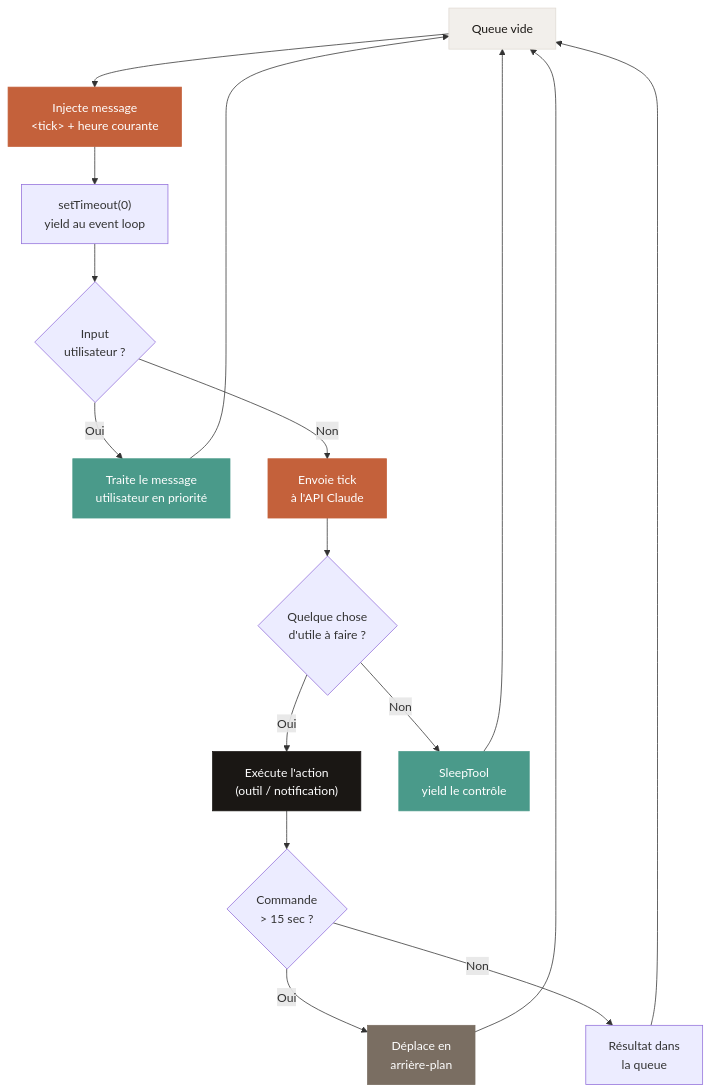
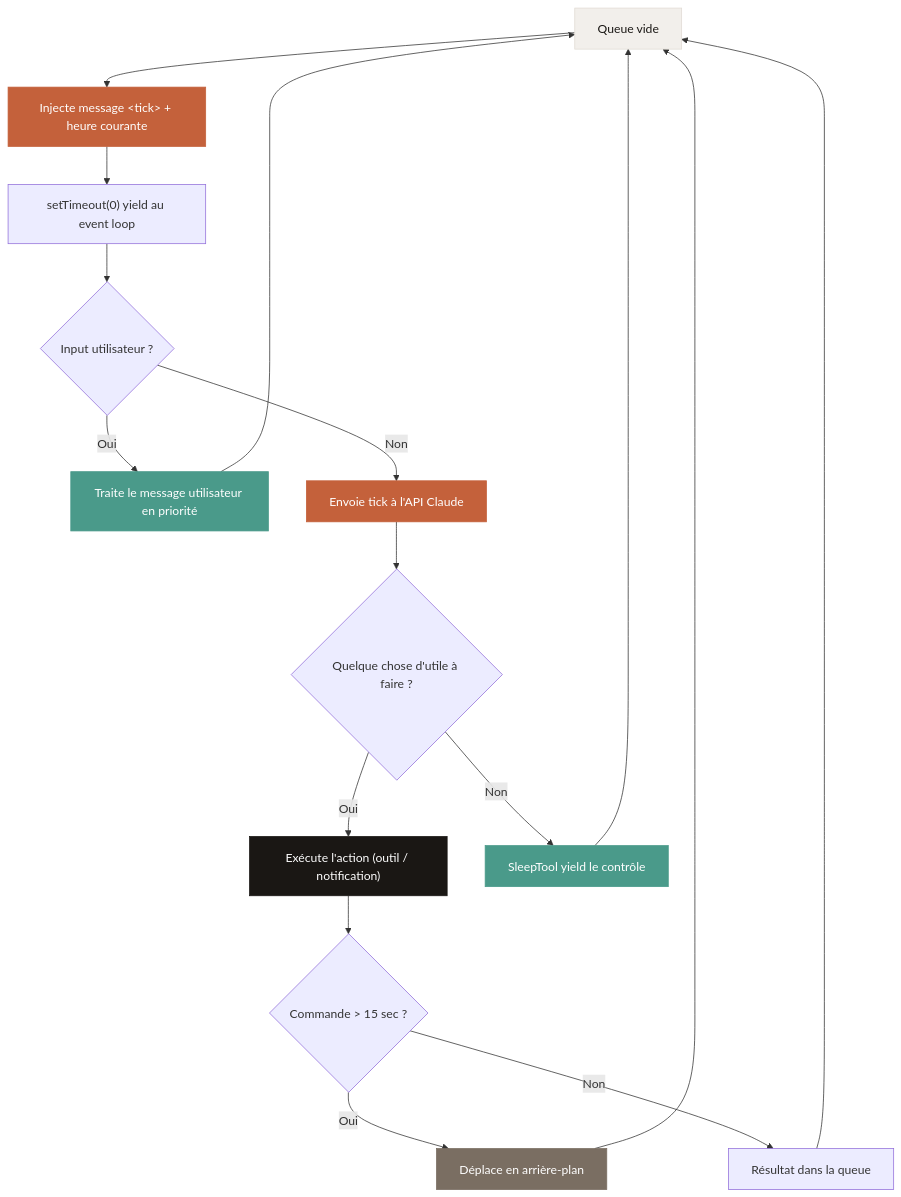
The eighth of 8 diagrams in _posts/2026-04-01-claude-code-leak.md (BastinFlorian/BastinFlorian.github.io), drawn with Mermaid before and after one commit. The commit also changed other lines of this file, not shown here.

Commit message:
FEAT: Move architecture SVG to article header, remove duplicate

````diff
--- a/_posts/2026-04-01-claude-code-leak.md
+++ b/_posts/2026-04-01-claude-code-leak.md
@@ -395,26 +405,26 @@
 ```mermaid
 flowchart TB
-    START["Queue vide"] --> TICK["Injecte message\n&lt;tick&gt; + heure courante"]
-    TICK --> SET["setTimeout(0)\nyield au event loop"]
-    SET --> CHECK{"Input\nutilisateur ?"}
-    CHECK -->|"Oui"| USER["Traite le message\nutilisateur en priorité"]
-    CHECK -->|"Non"| API["Envoie tick\nà l'API Claude"]
-    API --> DECIDE{"Quelque chose\nd'utile à faire ?"}
-    DECIDE -->|"Oui"| ACT["Exécute l'action\n(outil / notification)"]
-    DECIDE -->|"Non"| SLEEP["SleepTool\nyield le contrôle"]
-    ACT --> BUDGET{"Commande\n> 15 sec ?"}
-    BUDGET -->|"Oui"| BG["Déplace en\narrière-plan"]
-    BUDGET -->|"Non"| RESULT["Résultat dans\nla queue"]
+    START["Queue vide"] --> TICK["Injecte message &lt;tick&gt; + heure courante"]
+    TICK --> SET["setTimeout(0) yield au event loop"]
+    SET --> CHECK{"Input utilisateur ?"}
+    CHECK -->|"Oui"| USER["Traite le message utilisateur en priorité"]
+    CHECK -->|"Non"| API["Envoie tick à l'API Claude"]
+    API --> DECIDE{"Quelque chose d'utile à faire ?"}
+    DECIDE -->|"Oui"| ACT["Exécute l'action (outil / notification)"]
+    DECIDE -->|"Non"| SLEEP["SleepTool yield le contrôle"]
+    ACT --> BUDGET{"Commande > 15 sec ?"}
+    BUDGET -->|"Oui"| BG["Déplace en arrière-plan"]
+    BUDGET -->|"Non"| RESULT["Résultat dans la queue"]
     BG --> START
     RESULT --> START
     SLEEP --> START
     USER --> START
 
     style START fill:#F2EFEB,color:#1A1714,stroke:#E0DBD4
     style TICK fill:#C4613B,color:#fff,stroke:#C4613B
     style SLEEP fill:#4A9A8A,color:#fff,stroke:#4A9A8A
     style ACT fill:#1A1714,color:#fff,stroke:#1A1714
     style BG fill:#7A6E62,color:#fff,stroke:#7A6E62
     style USER fill:#4A9A8A,color:#fff,stroke:#4A9A8A
     style API fill:#C4613B,color:#fff,stroke:#C4613B
 ```
````
